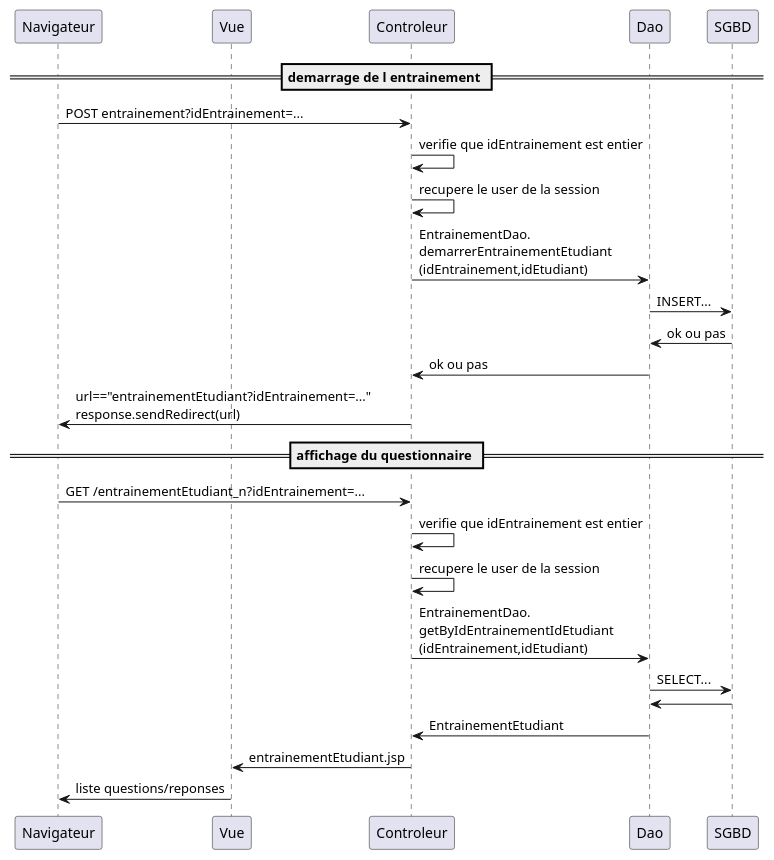
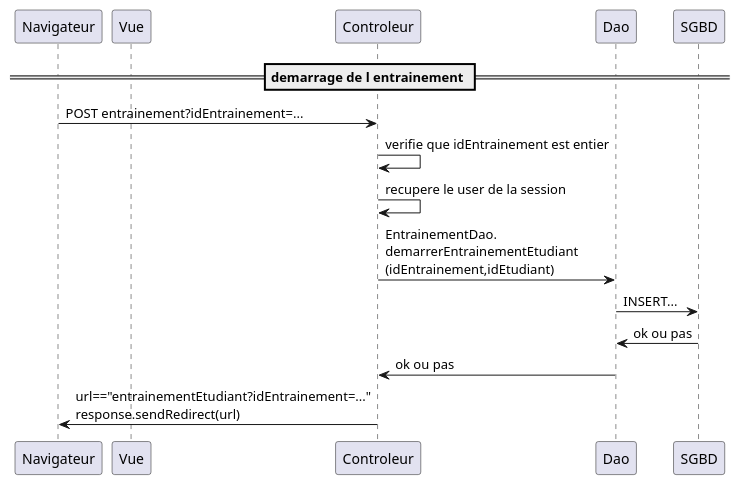
One commit to michel-plasse/siomassy2021 changed the diagram in src/main/webapp/doc/5.5etudiantRepondQuestionnaire.puml. Above: the diagram before and after it, drawn with PlantUML. The commit also changed 1 other file, not shown here.

```diff
--- a/src/main/webapp/doc/5.5etudiantRepondQuestionnaire.puml
+++ b/src/main/webapp/doc/5.5etudiantRepondQuestionnaire.puml
@@ -1,27 +1,17 @@
 @startuml
 ' par défaut, les couches sont disposées dans l'ordre d'apparition
 ' nous utilison participant pour préciser qu'après Navigateur il y a Vue et non Controleur
 participant Navigateur
 participant Vue
 
 == demarrage de l entrainement ==
 Navigateur -> Controleur: POST entrainement?idEntrainement=...
 Controleur -> Controleur: verifie que idEntrainement est entier 
 Controleur -> Controleur: recupere le user de la session 
 Controleur -> Dao: EntrainementDao.\ndemarrerEntrainementEtudiant\n(idEntrainement,idEtudiant)
 Dao -> SGBD: INSERT...
 SGBD -> Dao: ok ou pas
 Dao -> Controleur: ok ou pas
 Controleur -> Navigateur: url=="entrainementEtudiant?idEntrainement=..."\nresponse.sendRedirect(url)
-== affichage du questionnaire ==
-Navigateur -> Controleur: GET /entrainementEtudiant_n?idEntrainement=...
-Controleur -> Controleur: verifie que idEntrainement est entier
-Controleur -> Controleur: recupere le user de la session
-Controleur -> Dao: EntrainementDao.\ngetByIdEntrainementIdEtudiant\n(idEntrainement,idEtudiant)
-Dao -> SGBD: SELECT...
-SGBD -> Dao: 
-Dao -> Controleur: EntrainementEtudiant
-Controleur -> Vue: entrainementEtudiant.jsp
-Vue -> Navigateur: liste questions/reponses
 
 @enduml
```
